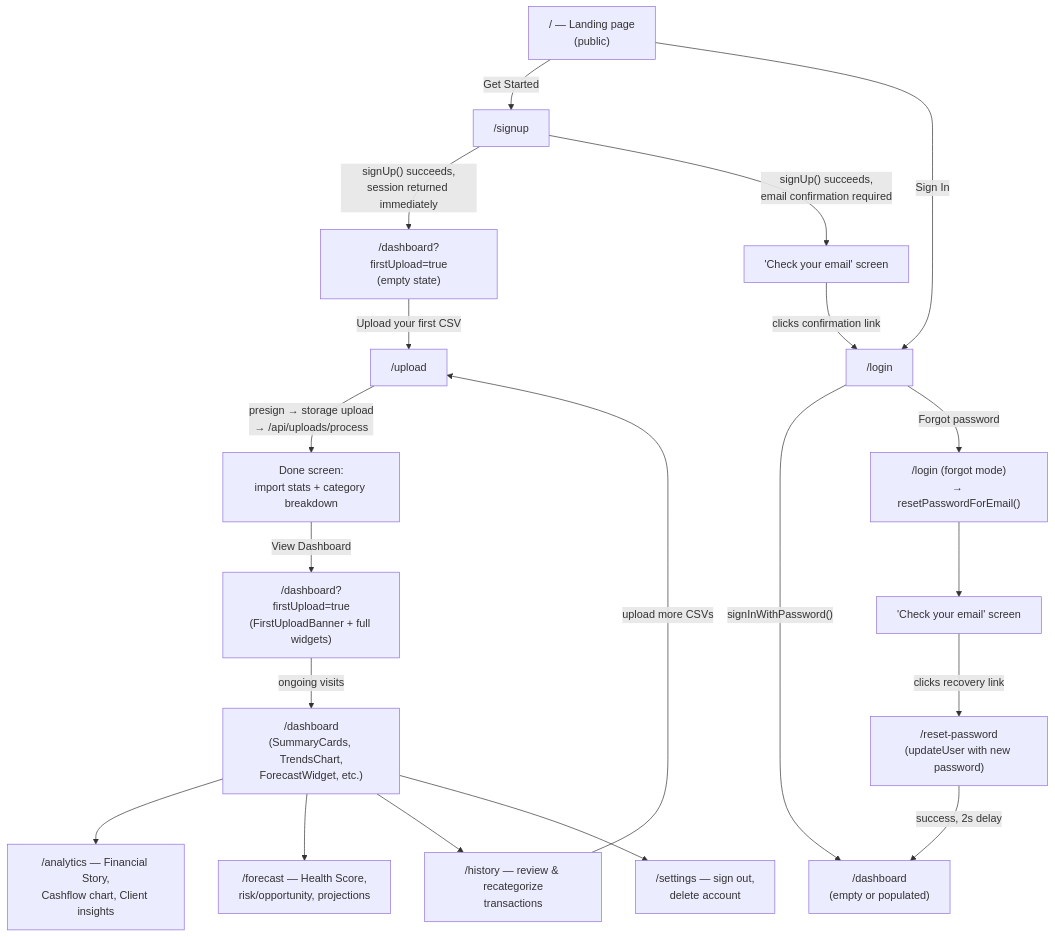
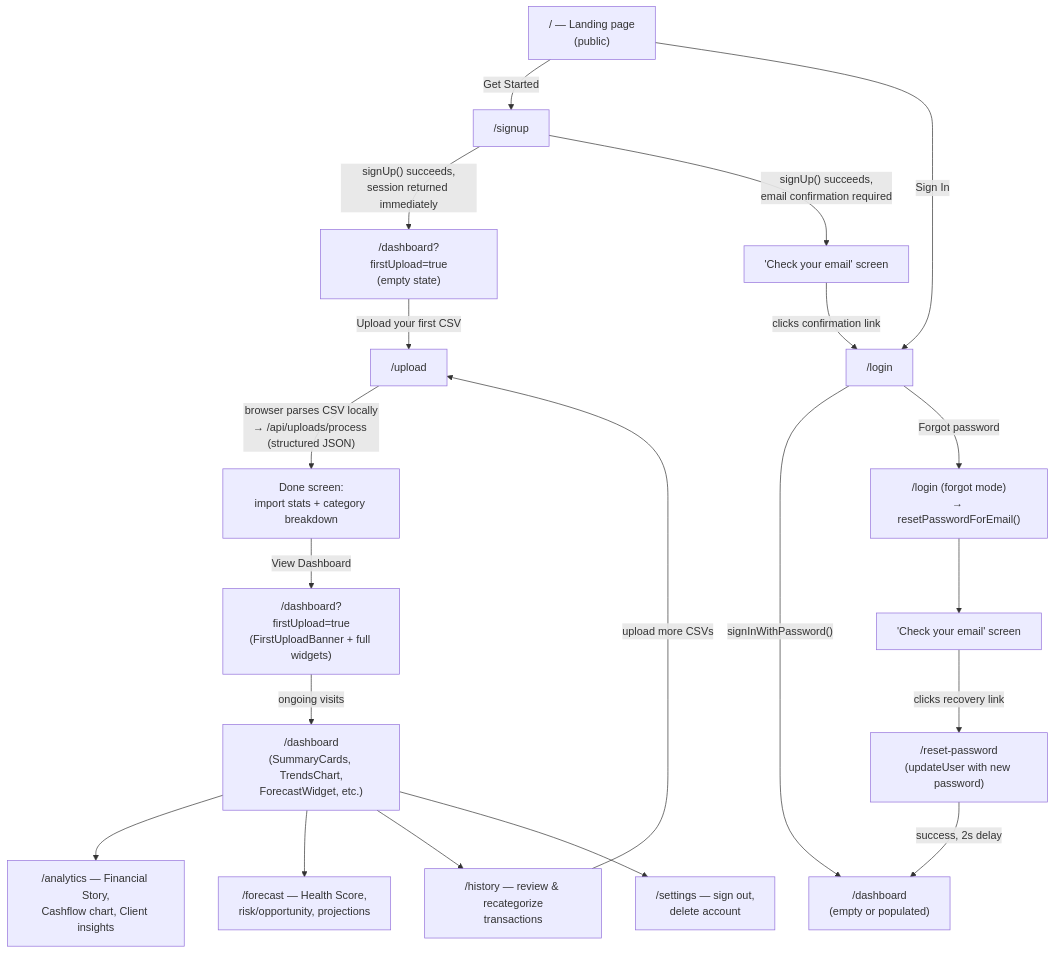
One commit to Robert-A2/freelancer-dashboard changed the first of 4 diagrams in docs/USER_JOURNEY.md. Above: the diagram before and after it, drawn with Mermaid. The commit also changed other lines of this file and 6 other files, not shown here.

First line of the commit message:
docs: update all docs for browser-side CSV parsing and upload privacy changes

````diff
--- a/docs/USER_JOURNEY.md
+++ b/docs/USER_JOURNEY.md
@@ -12,24 +12,24 @@
 ```mermaid
 flowchart TD
     A["/ — Landing page\n(public)"] -->|"Get Started"| B["/signup"]
     A -->|"Sign In"| C["/login"]
     B -->|"signUp() succeeds,\nsession returned immediately"| D["/dashboard?firstUpload=true\n(empty state)"]
     B -->|"signUp() succeeds,\nemail confirmation required"| B2["'Check your email' screen"]
     B2 -->|"clicks confirmation link"| C
     C -->|"signInWithPassword()"| E["/dashboard\n(empty or populated)"]
     C -->|"Forgot password"| F["/login (forgot mode)\n→ resetPasswordForEmail()"]
     F --> F2["'Check your email' screen"]
     F2 -->|"clicks recovery link"| G["/reset-password\n(updateUser with new password)"]
     G -->|"success, 2s delay"| E
 
     D -->|"Upload your first CSV"| H["/upload"]
-    H -->|"presign → storage upload\n→ /api/uploads/process"| I["Done screen:\nimport stats + category breakdown"]
+    H -->|"browser parses CSV locally\n→ /api/uploads/process (structured JSON)"| I["Done screen:\nimport stats + category breakdown"]
     I -->|"View Dashboard"| J["/dashboard?firstUpload=true\n(FirstUploadBanner + full widgets)"]
 
     J -->|"ongoing visits"| K["/dashboard\n(SummaryCards, TrendsChart,\nForecastWidget, etc.)"]
     K --> L["/analytics — Financial Story,\nCashflow chart, Client insights"]
     K --> M["/forecast — Health Score,\nrisk/opportunity, projections"]
     K --> N["/history — review & recategorize\ntransactions"]
     K --> O["/settings — sign out,\ndelete account"]
     N -->|"upload more CSVs"| H
 ```
````
